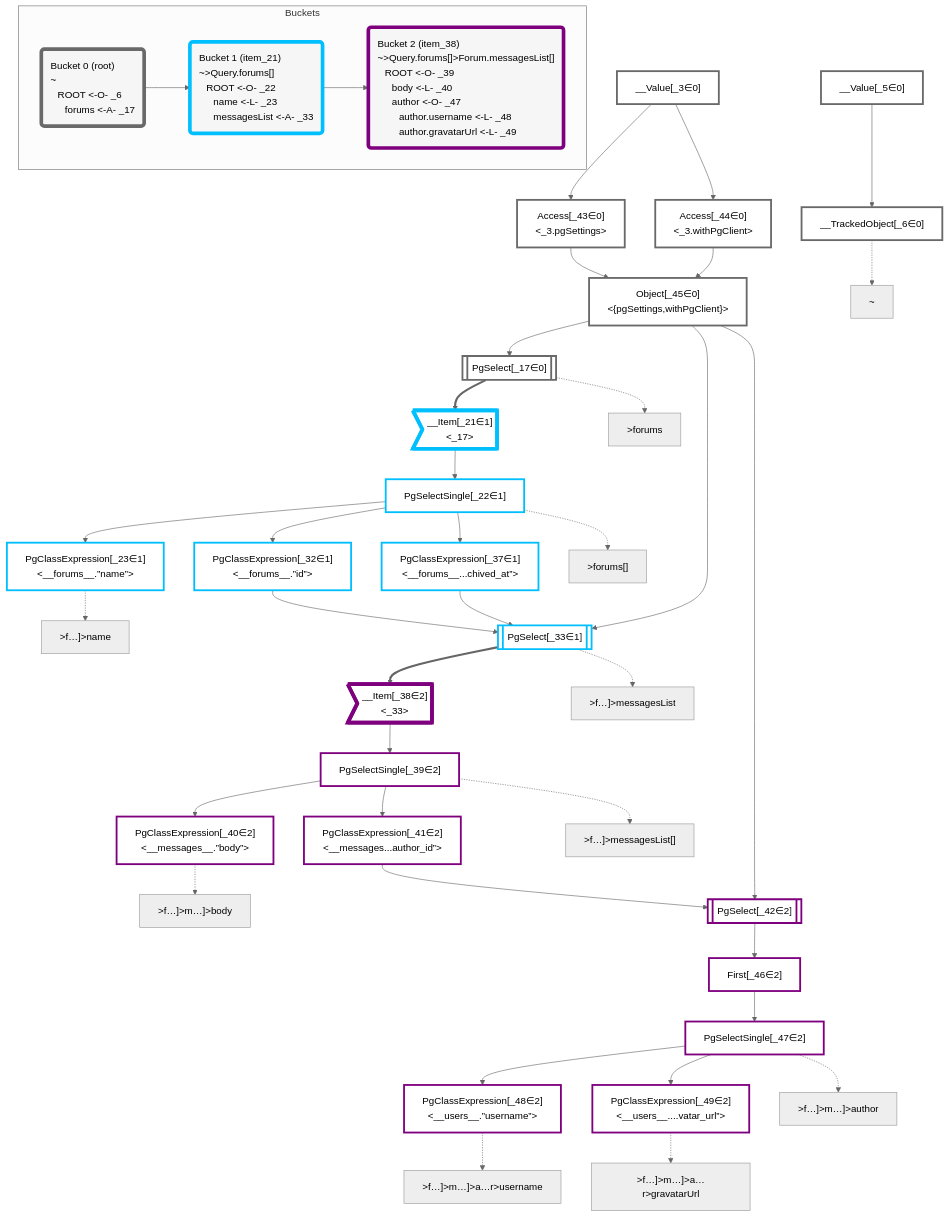
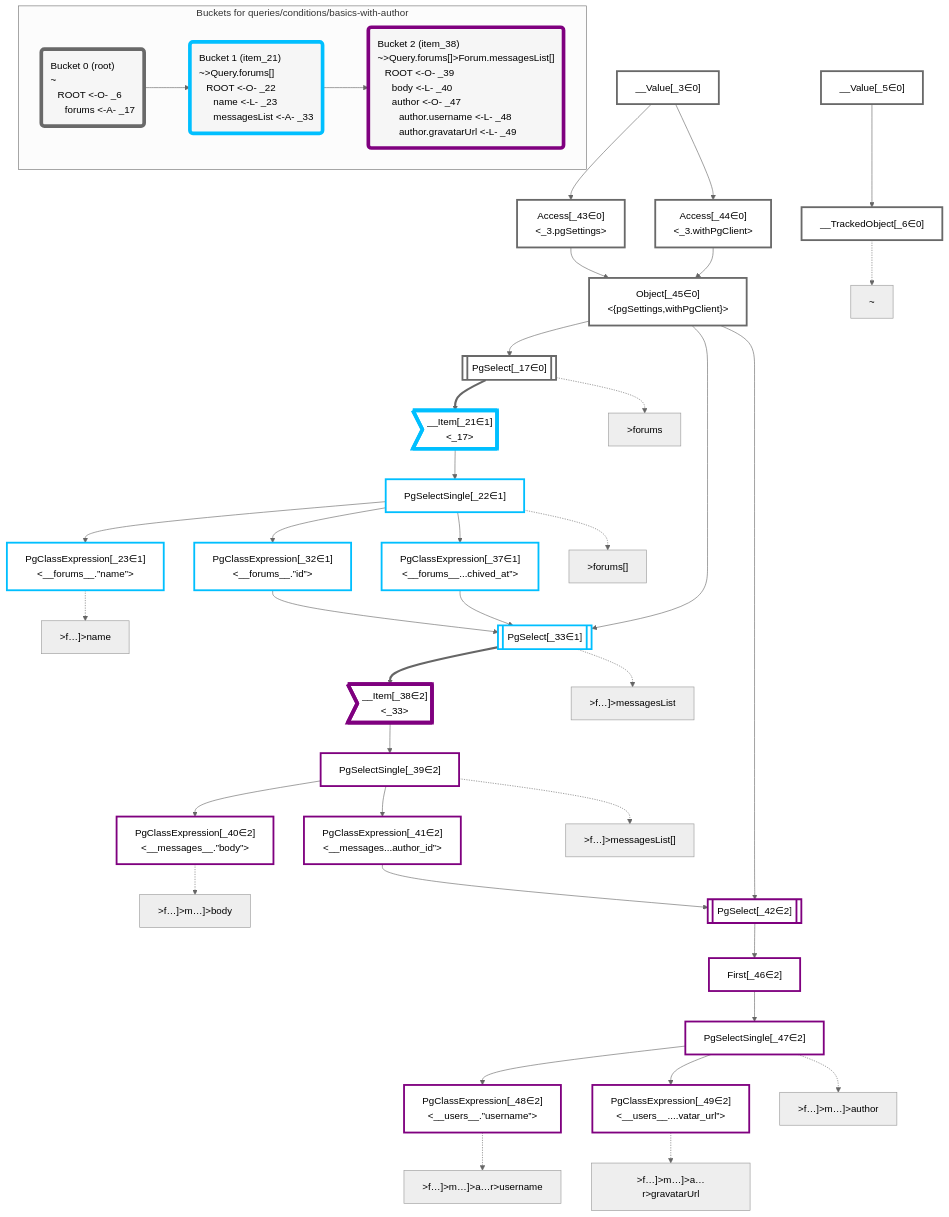
One commit to graphile/crystal changed the diagram in packages/dataplan-pg/__tests__/queries/conditions/basics-with-author.deopt.mermaid.md. Above: the diagram before and after it, drawn with Mermaid (neutral theme). The commit also changed 195 other files, not shown here.

```diff
--- a/packages/dataplan-pg/__tests__/queries/conditions/basics-with-author.deopt.mermaid.md
+++ b/packages/dataplan-pg/__tests__/queries/conditions/basics-with-author.deopt.mermaid.md
@@ -87,7 +87,7 @@
     classDef bucket2 stroke:#7f007f
     class __Item_38,PgSelectSingle_39,PgClassExpression_40,PgClassExpression_41,PgSelect_42,First_46,PgSelectSingle_47,PgClassExpression_48,PgClassExpression_49 bucket2
 
-    subgraph Buckets
+    subgraph "Buckets for queries/conditions/basics-with-author"
     Bucket0("Bucket 0 (root)<br />~<br />⠀ROOT <-O- _6<br />⠀⠀forums <-A- _17"):::bucket
     style Bucket0 stroke:#696969
     Bucket1("Bucket 1 (item_21)<br />~>Query.forums[]<br />⠀ROOT <-O- _22<br />⠀⠀name <-L- _23<br />⠀⠀messagesList <-A- _33"):::bucket
```
